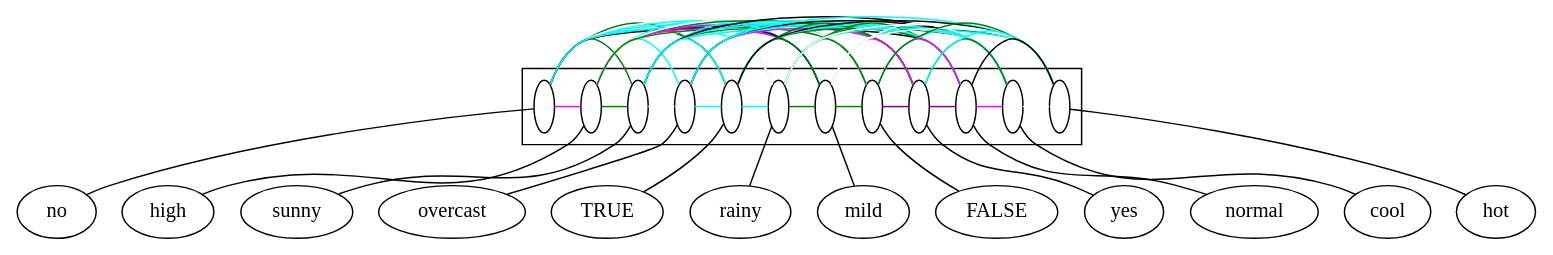
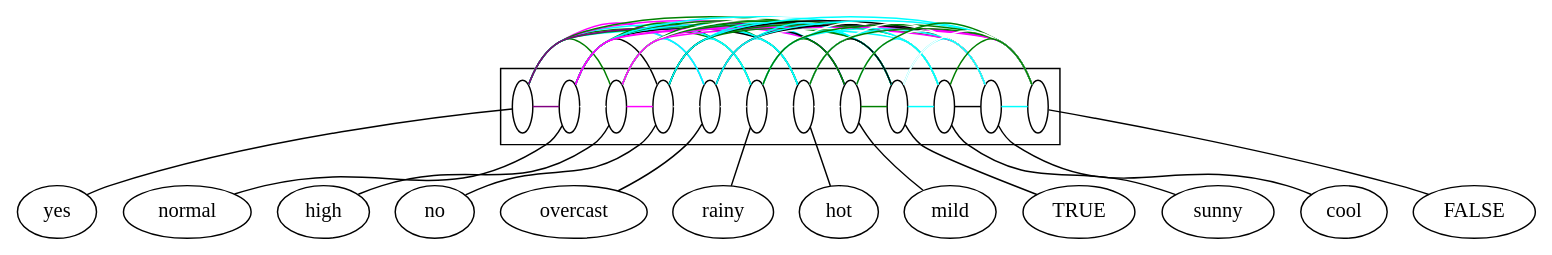
One commit to lrodrin/TFG changed the diagram in src/final/linear2-structure.dot. Above: the diagram before and after it, drawn with Graphviz. The commit also changed 13 other files, not shown here.

```diff
--- a/src/final/linear2-structure.dot
+++ b/src/final/linear2-structure.dot
@@ -1,112 +1,112 @@
 digraph G {
 compound=True;
-no;
-high;
-sunny;
-overcast;
-TRUE;
-rainy;
-mild;
-FALSE;
 yes;
 normal;
+high;
+no;
+overcast;
+rainy;
+hot;
+mild;
+TRUE;
+sunny;
 cool;
-hot;
-subgraph cluster_highnocoolFALSEnormalyesovercasthotrainyTRUEmildsunny {
-s_no [width=0.2, fixedsize=True, fillcolor=white, label=" "];
-s_high [width=0.2, fixedsize=True, fillcolor=white, label=" "];
-s_sunny [width=0.2, fixedsize=True, fillcolor=white, label=" "];
-s_overcast [width=0.2, fixedsize=True, fillcolor=white, label=" "];
-s_TRUE [width=0.2, fixedsize=True, fillcolor=white, label=" "];
-s_rainy [width=0.2, fixedsize=True, fillcolor=white, label=" "];
-s_mild [width=0.2, fixedsize=True, fillcolor=white, label=" "];
-s_FALSE [width=0.2, fixedsize=True, fillcolor=white, label=" "];
+FALSE;
+subgraph cluster_highFALSEyessunnymildcoolnorainynormalhotovercastTRUE {
 s_yes [width=0.2, fixedsize=True, fillcolor=white, label=" "];
 s_normal [width=0.2, fixedsize=True, fillcolor=white, label=" "];
+s_high [width=0.2, fixedsize=True, fillcolor=white, label=" "];
+s_no [width=0.2, fixedsize=True, fillcolor=white, label=" "];
+s_overcast [width=0.2, fixedsize=True, fillcolor=white, label=" "];
+s_rainy [width=0.2, fixedsize=True, fillcolor=white, label=" "];
+s_hot [width=0.2, fixedsize=True, fillcolor=white, label=" "];
+s_mild [width=0.2, fixedsize=True, fillcolor=white, label=" "];
+s_TRUE [width=0.2, fixedsize=True, fillcolor=white, label=" "];
+s_sunny [width=0.2, fixedsize=True, fillcolor=white, label=" "];
 s_cool [width=0.2, fixedsize=True, fillcolor=white, label=" "];
-s_hot [width=0.2, fixedsize=True, fillcolor=white, label=" "];
+s_FALSE [width=0.2, fixedsize=True, fillcolor=white, label=" "];
 subgraph  {
 rank=same;
-s_no -> s_high  [color=magenta, arrowhead=none];
+s_yes -> s_normal  [color=purple, arrowhead=none];
+s_yes -> s_high  [color=green, arrowhead=none];
+s_yes -> s_no  [color=white, arrowhead=none];
+s_yes -> s_overcast  [color=magenta, arrowhead=none];
+s_yes -> s_rainy  [color=green, arrowhead=none];
+s_yes -> s_hot  [color=cyan, arrowhead=none];
+s_yes -> s_mild  [color=magenta, arrowhead=none];
+s_yes -> s_TRUE  [color=green, arrowhead=none];
+s_yes -> s_sunny  [color=cyan, arrowhead=none];
+s_yes -> s_cool  [color=green, arrowhead=none];
+s_yes -> s_FALSE  [color=purple, arrowhead=none];
+s_normal -> s_high  [color=white, arrowhead=none];
+s_normal -> s_no  [color=black, arrowhead=none];
+s_normal -> s_overcast  [color=cyan, arrowhead=none];
+s_normal -> s_rainy  [color=green, arrowhead=none];
+s_normal -> s_hot  [color=black, arrowhead=none];
+s_normal -> s_mild  [color=cyan, arrowhead=none];
+s_normal -> s_TRUE  [color=green, arrowhead=none];
+s_normal -> s_sunny  [color=cyan, arrowhead=none];
+s_normal -> s_cool  [color=magenta, arrowhead=none];
+s_normal -> s_FALSE  [color=magenta, arrowhead=none];
+s_high -> s_no  [color=magenta, arrowhead=none];
+s_high -> s_overcast  [color=cyan, arrowhead=none];
+s_high -> s_rainy  [color=cyan, arrowhead=none];
+s_high -> s_hot  [color=green, arrowhead=none];
+s_high -> s_mild  [color=magenta, arrowhead=none];
+s_high -> s_TRUE  [color=green, arrowhead=none];
+s_high -> s_sunny  [color=green, arrowhead=none];
+s_high -> s_cool  [color=white, arrowhead=none];
+s_high -> s_FALSE  [color=magenta, arrowhead=none];
+s_no -> s_overcast  [color=white, arrowhead=none];
+s_no -> s_rainy  [color=cyan, arrowhead=none];
+s_no -> s_hot  [color=cyan, arrowhead=none];
+s_no -> s_mild  [color=cyan, arrowhead=none];
+s_no -> s_TRUE  [color=green, arrowhead=none];
 s_no -> s_sunny  [color=green, arrowhead=none];
-s_no -> s_overcast  [color=white, arrowhead=none];
-s_no -> s_TRUE  [color=green, arrowhead=none];
-s_no -> s_rainy  [color=cyan, arrowhead=none];
-s_no -> s_mild  [color=cyan, arrowhead=none];
+s_no -> s_cool  [color=black, arrowhead=none];
 s_no -> s_FALSE  [color=cyan, arrowhead=none];
-s_no -> s_yes  [color=white, arrowhead=none];
-s_no -> s_normal  [color=black, arrowhead=none];
-s_no -> s_cool  [color=black, arrowhead=none];
-s_no -> s_hot  [color=cyan, arrowhead=none];
-s_high -> s_sunny  [color=green, arrowhead=none];
-s_high -> s_overcast  [color=cyan, arrowhead=none];
-s_high -> s_TRUE  [color=green, arrowhead=none];
-s_high -> s_rainy  [color=cyan, arrowhead=none];
-s_high -> s_mild  [color=magenta, arrowhead=none];
-s_high -> s_FALSE  [color=magenta, arrowhead=none];
-s_high -> s_yes  [color=green, arrowhead=none];
-s_high -> s_normal  [color=white, arrowhead=none];
-s_high -> s_cool  [color=white, arrowhead=none];
-s_high -> s_hot  [color=green, arrowhead=none];
-s_sunny -> s_overcast  [color=white, arrowhead=none];
-s_sunny -> s_TRUE  [color=cyan, arrowhead=none];
-s_sunny -> s_rainy  [color=white, arrowhead=none];
-s_sunny -> s_mild  [color=cyan, arrowhead=none];
+s_overcast -> s_rainy  [color=white, arrowhead=none];
+s_overcast -> s_hot  [color=cyan, arrowhead=none];
+s_overcast -> s_mild  [color=black, arrowhead=none];
+s_overcast -> s_TRUE  [color=cyan, arrowhead=none];
+s_overcast -> s_sunny  [color=white, arrowhead=none];
+s_overcast -> s_cool  [color=black, arrowhead=none];
+s_overcast -> s_FALSE  [color=cyan, arrowhead=none];
+s_rainy -> s_hot  [color=white, arrowhead=none];
+s_rainy -> s_mild  [color=green, arrowhead=none];
+s_rainy -> s_TRUE  [color=cyan, arrowhead=none];
+s_rainy -> s_sunny  [color=white, arrowhead=none];
+s_rainy -> s_cool  [color=cyan, arrowhead=none];
+s_rainy -> s_FALSE  [color=green, arrowhead=none];
+s_hot -> s_mild  [color=white, arrowhead=none];
+s_hot -> s_TRUE  [color=black, arrowhead=none];
+s_hot -> s_sunny  [color=cyan, arrowhead=none];
+s_hot -> s_cool  [color=white, arrowhead=none];
+s_hot -> s_FALSE  [color=green, arrowhead=none];
+s_mild -> s_TRUE  [color=green, arrowhead=none];
+s_mild -> s_sunny  [color=cyan, arrowhead=none];
+s_mild -> s_cool  [color=white, arrowhead=none];
+s_mild -> s_FALSE  [color=green, arrowhead=none];
+s_TRUE -> s_sunny  [color=cyan, arrowhead=none];
+s_TRUE -> s_cool  [color=cyan, arrowhead=none];
+s_TRUE -> s_FALSE  [color=white, arrowhead=none];
+s_sunny -> s_cool  [color=black, arrowhead=none];
 s_sunny -> s_FALSE  [color=green, arrowhead=none];
-s_sunny -> s_yes  [color=cyan, arrowhead=none];
-s_sunny -> s_normal  [color=cyan, arrowhead=none];
-s_sunny -> s_cool  [color=black, arrowhead=none];
-s_sunny -> s_hot  [color=cyan, arrowhead=none];
-s_overcast -> s_TRUE  [color=cyan, arrowhead=none];
-s_overcast -> s_rainy  [color=white, arrowhead=none];
-s_overcast -> s_mild  [color=black, arrowhead=none];
-s_overcast -> s_FALSE  [color=cyan, arrowhead=none];
-s_overcast -> s_yes  [color=magenta, arrowhead=none];
-s_overcast -> s_normal  [color=cyan, arrowhead=none];
-s_overcast -> s_cool  [color=black, arrowhead=none];
-s_overcast -> s_hot  [color=cyan, arrowhead=none];
-s_TRUE -> s_rainy  [color=cyan, arrowhead=none];
-s_TRUE -> s_mild  [color=green, arrowhead=none];
-s_TRUE -> s_FALSE  [color=white, arrowhead=none];
-s_TRUE -> s_yes  [color=green, arrowhead=none];
-s_TRUE -> s_normal  [color=green, arrowhead=none];
-s_TRUE -> s_cool  [color=cyan, arrowhead=none];
-s_TRUE -> s_hot  [color=black, arrowhead=none];
-s_rainy -> s_mild  [color=green, arrowhead=none];
-s_rainy -> s_FALSE  [color=green, arrowhead=none];
-s_rainy -> s_yes  [color=green, arrowhead=none];
-s_rainy -> s_normal  [color=green, arrowhead=none];
-s_rainy -> s_cool  [color=cyan, arrowhead=none];
-s_rainy -> s_hot  [color=white, arrowhead=none];
-s_mild -> s_FALSE  [color=green, arrowhead=none];
-s_mild -> s_yes  [color=magenta, arrowhead=none];
-s_mild -> s_normal  [color=cyan, arrowhead=none];
-s_mild -> s_cool  [color=white, arrowhead=none];
-s_mild -> s_hot  [color=white, arrowhead=none];
-s_FALSE -> s_yes  [color=purple, arrowhead=none];
-s_FALSE -> s_normal  [color=magenta, arrowhead=none];
-s_FALSE -> s_cool  [color=cyan, arrowhead=none];
-s_FALSE -> s_hot  [color=green, arrowhead=none];
-s_yes -> s_normal  [color=purple, arrowhead=none];
-s_yes -> s_cool  [color=green, arrowhead=none];
-s_yes -> s_hot  [color=cyan, arrowhead=none];
-s_normal -> s_cool  [color=magenta, arrowhead=none];
-s_normal -> s_hot  [color=black, arrowhead=none];
-s_cool -> s_hot  [color=white, arrowhead=none];
+s_cool -> s_FALSE  [color=cyan, arrowhead=none];
 }
 
 }
 
-s_no -> no  [arrowhead=none];
-s_high -> high  [arrowhead=none];
-s_sunny -> sunny  [arrowhead=none];
-s_overcast -> overcast  [arrowhead=none];
-s_TRUE -> TRUE  [arrowhead=none];
-s_rainy -> rainy  [arrowhead=none];
-s_mild -> mild  [arrowhead=none];
-s_FALSE -> FALSE  [arrowhead=none];
 s_yes -> yes  [arrowhead=none];
 s_normal -> normal  [arrowhead=none];
+s_high -> high  [arrowhead=none];
+s_no -> no  [arrowhead=none];
+s_overcast -> overcast  [arrowhead=none];
+s_rainy -> rainy  [arrowhead=none];
+s_hot -> hot  [arrowhead=none];
+s_mild -> mild  [arrowhead=none];
+s_TRUE -> TRUE  [arrowhead=none];
+s_sunny -> sunny  [arrowhead=none];
 s_cool -> cool  [arrowhead=none];
-s_hot -> hot  [arrowhead=none];
+s_FALSE -> FALSE  [arrowhead=none];
 }
```
